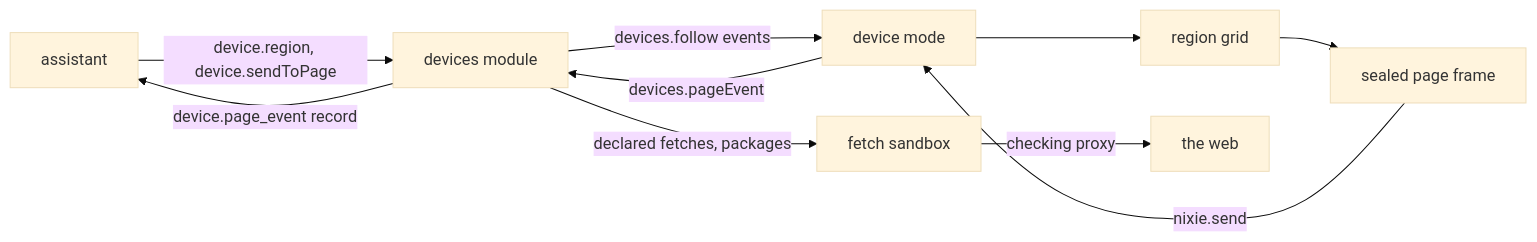
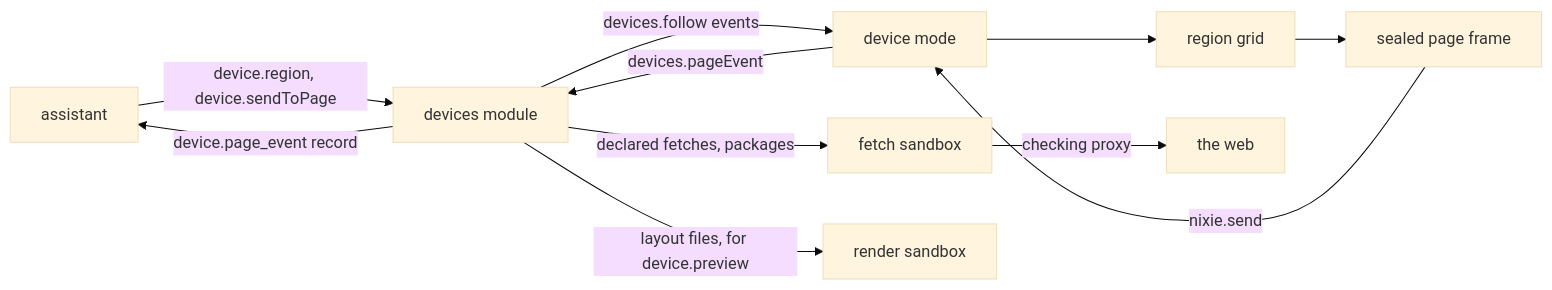
One commit to zgeoff/nixie changed the diagram in docs/design/queue/device-layout.md. Above: the diagram before and after it, drawn with Mermaid (base theme). The commit also changed other lines of this file, not shown here.

First line of the commit message:
docs(design): render the device preview in a sandbox of its own (#1473)

````diff
--- a/docs/design/queue/device-layout.md
+++ b/docs/design/queue/device-layout.md
@@ -16,12 +16,13 @@
 ```mermaid
 flowchart LR
   model[assistant] -->|"device.region, device.sendToPage"| server[devices module]
   server -->|"devices.follow events"| device[device mode]
   device --> grid[region grid]
   grid --> frame[sealed page frame]
   frame -->|"nixie.send"| device
   device -->|"devices.pageEvent"| server
   server -->|"device.page_event record"| model
   server -->|"declared fetches, packages"| fetch[fetch sandbox]
   fetch -->|"checking proxy"| web[the web]
+  server -->|"layout files, for device.preview"| render[render sandbox]
 ```
````
